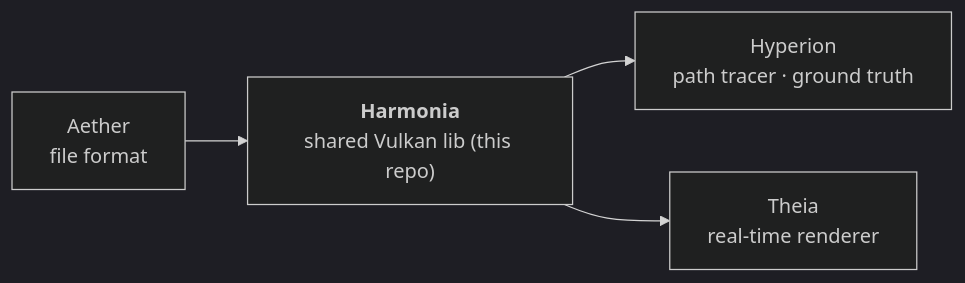
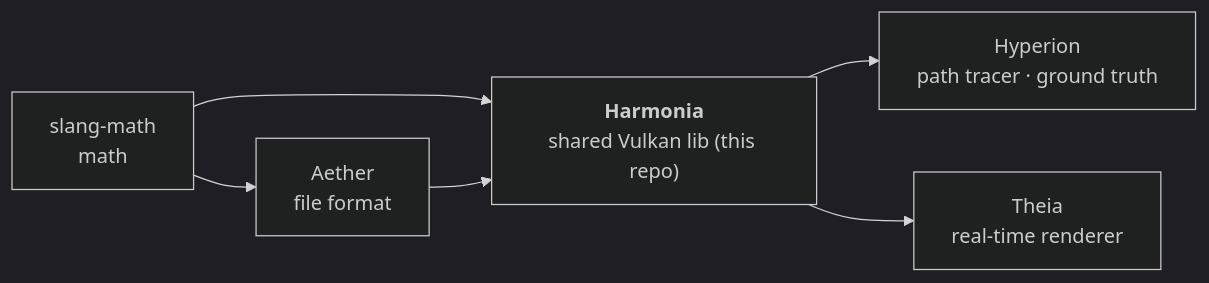
Before and after one commit to McNopper/Harmonia: the diagram in AGENTS.md, drawn with Mermaid (dark theme). The commit also changed other lines of this file and 2 other files, not shown here.

````diff
--- a/AGENTS.md
+++ b/AGENTS.md
@@ -15,6 +18,8 @@
 ```mermaid
 flowchart LR
-    A["Aether<br/>file format"] --> H["<b>Harmonia</b><br/>shared Vulkan lib (this repo)"]
+    SM["slang-math<br/>math"] --> A["Aether<br/>file format"]
+    SM --> H
+    A --> H["<b>Harmonia</b><br/>shared Vulkan lib (this repo)"]
     H --> Hy["Hyperion<br/>path tracer · ground truth"]
     H --> T["Theia<br/>real-time renderer"]
 ```
````
